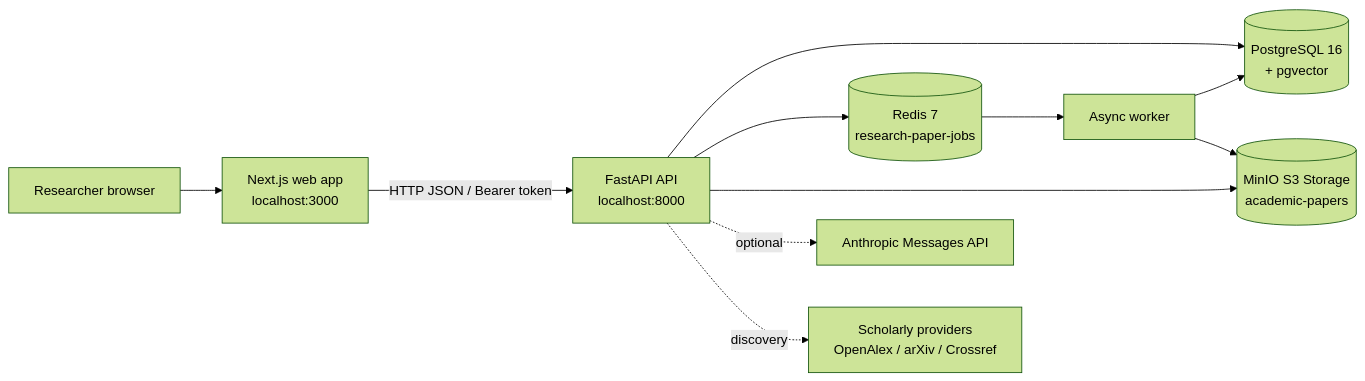
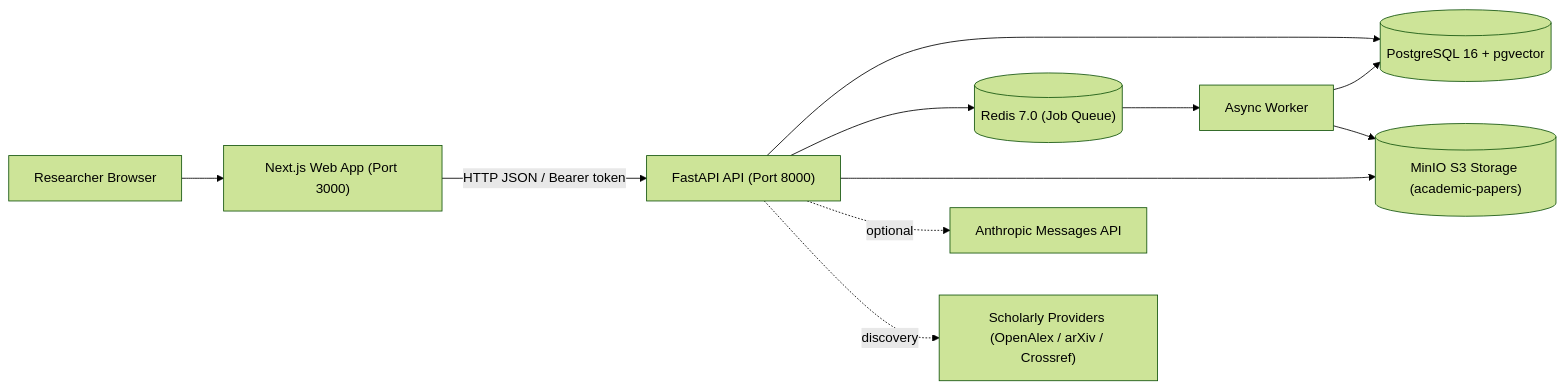
The first of 6 diagrams in Final_Architecture.md (pravashsingh775/AI-Research-Paper-Assistant), drawn with Mermaid (forest theme) before and after one commit. The commit also changed other lines of this file and 3 other files, not shown here.

Commit message:
fix(docs): resolve Mermaid syntax lexical error on GitHub by quoting node labels

````diff
--- a/Final_Architecture.md
+++ b/Final_Architecture.md
@@ -13,13 +13,13 @@
 ```mermaid
 flowchart LR
-    Browser[Researcher browser] --> Web[Next.js web app\nlocalhost:3000]
-    Web -->|HTTP JSON / Bearer token| API[FastAPI API\nlocalhost:8000]
-    API --> DB[(PostgreSQL 16\n+ pgvector)]
-    API --> Redis[(Redis 7\nresearch-paper-jobs)]
-    API --> Minio[(MinIO S3 Storage\nacademic-papers)]
-    Redis --> Worker[Async worker]
+    Browser["Researcher Browser"] --> Web["Next.js Web App (Port 3000)"]
+    Web -->|HTTP JSON / Bearer token| API["FastAPI API (Port 8000)"]
+    API --> DB[("PostgreSQL 16 + pgvector")]
+    API --> Redis[("Redis 7.0 (Job Queue)")]
+    API --> Minio[("MinIO S3 Storage (academic-papers)")]
+    Redis --> Worker["Async Worker"]
     Worker --> DB
     Worker --> Minio
-    API -. optional .-> Anthropic[Anthropic Messages API]
-    API -. discovery .-> Scholarly[Scholarly providers\nOpenAlex / arXiv / Crossref]
+    API -. optional .-> Anthropic["Anthropic Messages API"]
+    API -. discovery .-> Scholarly["Scholarly Providers (OpenAlex / arXiv / Crossref)"]
 ```
````
